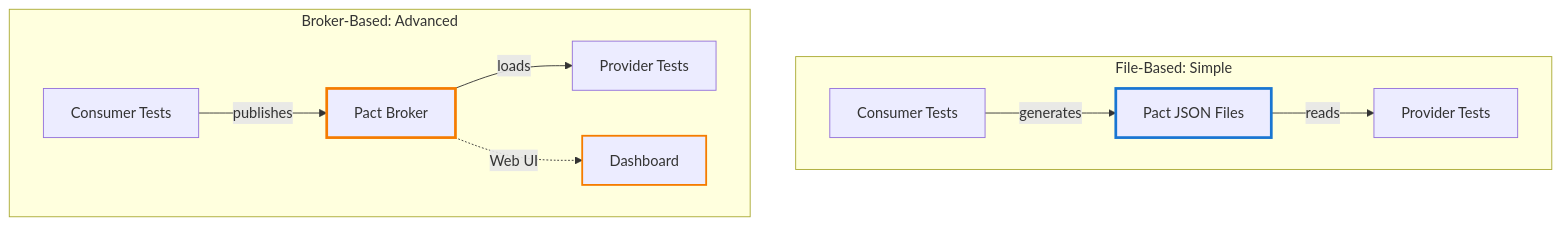
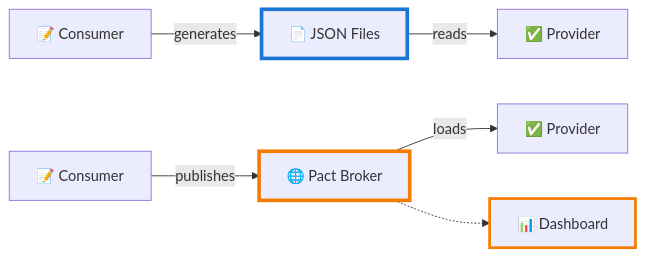
Before and after one commit to damalcheruvu/jvm-pact: the diagram in README.md, drawn with Mermaid. The commit also changed 1 other file, not shown here.

Commit message:
Make Mermaid diagrams larger and more visible

````diff
--- a/README.md
+++ b/README.md
@@ -42,17 +42,13 @@
 ```mermaid
-graph TB
-    subgraph one["File-Based: Simple"]
-        C1[Consumer Tests] -->|generates| F1[Pact JSON Files]
-        F1 -->|reads| P1[Provider Tests]
-    end
+graph LR
+    A1["📝 Consumer"] -->|generates| B1["📄 JSON Files"]
+    B1 -->|reads| C1["✅ Provider"]
     
-    subgraph two["Broker-Based: Advanced"]
-        C2[Consumer Tests] -->|publishes| B[Pact Broker]
-        B -->|loads| P2[Provider Tests]
-        B -.->|Web UI| UI[Dashboard]
-    end
+    A2["📝 Consumer"] -->|publishes| B2["🌐 Pact Broker"]
+    B2 -->|loads| C2["✅ Provider"]
+    B2 -.-> D2["📊 Dashboard"]
     
-    style F1 stroke:#1976d2,stroke-width:3px
-    style B stroke:#f57c00,stroke-width:3px
-    style UI stroke:#f57c00,stroke-width:2px
+    style B1 stroke:#1976d2,stroke-width:4px
+    style B2 stroke:#f57c00,stroke-width:4px
+    style D2 stroke:#f57c00,stroke-width:3px
 ```
````
